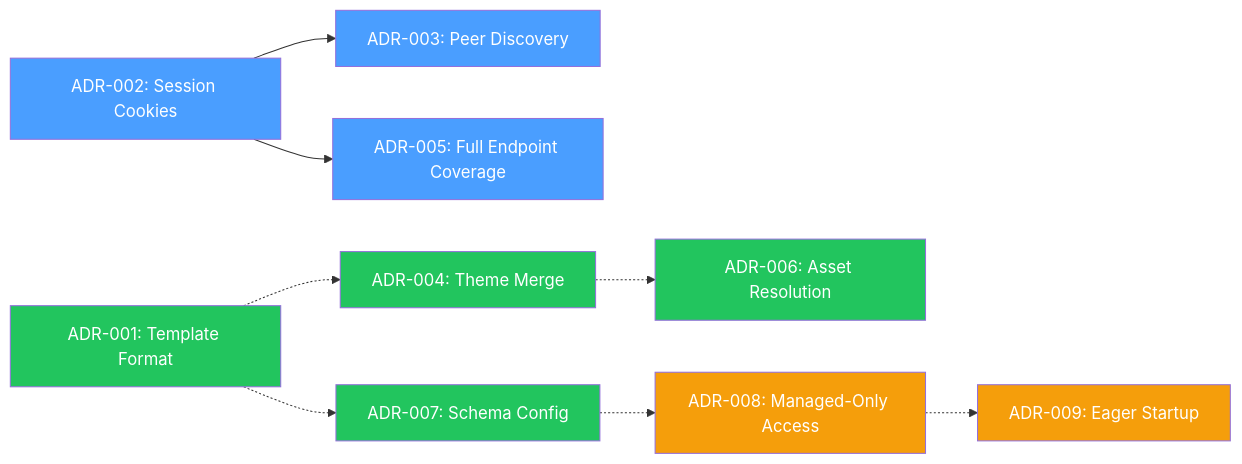
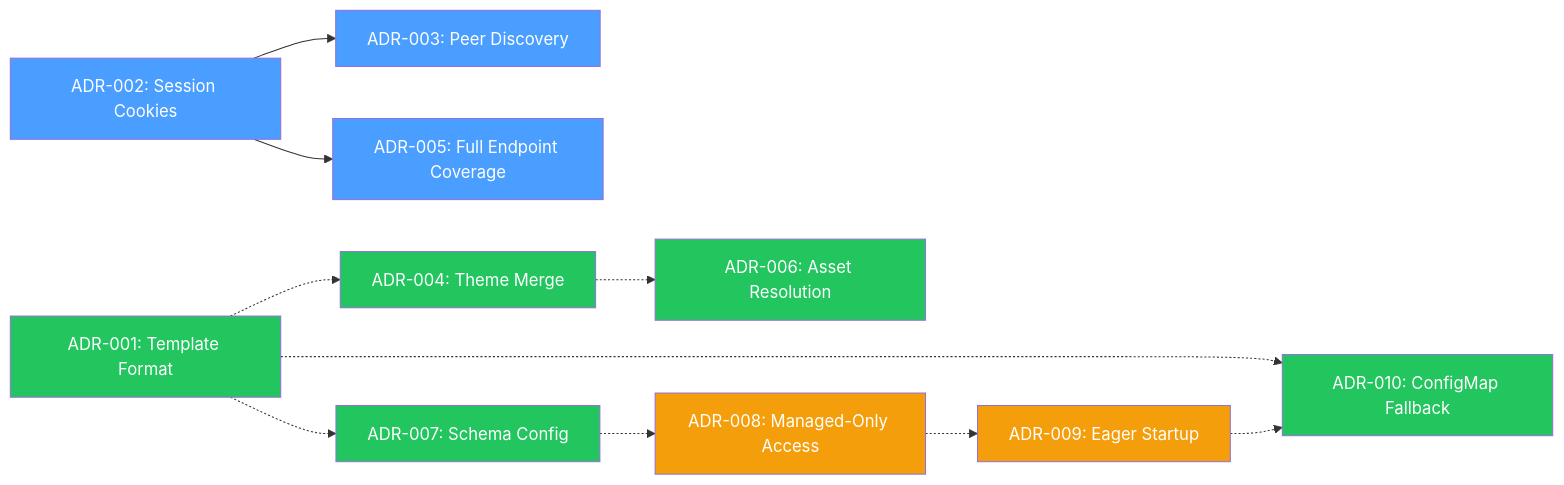
One commit to nogoo9/no-crd changed the diagram in docs/decisions/index.md. Above: the diagram before and after it, drawn with Mermaid. The commit also changed other lines of this file and 13 other files, not shown here.

First line of the commit message:
fix: graceful ConfigMap template fallback when RBAC permissions are missing (#12)

````diff
--- a/docs/decisions/index.md
+++ b/docs/decisions/index.md
@@ -34,19 +35,22 @@
 ```mermaid
 graph LR
     ADR002["ADR-002: Session Cookies"] --> ADR003["ADR-003: Peer Discovery"]
     ADR002 --> ADR005["ADR-005: Full Endpoint Coverage"]
     ADR001["ADR-001: Template Format"] -.-> ADR004["ADR-004: Theme Merge"]
     ADR004 -.-> ADR006["ADR-006: Asset Resolution"]
     ADR001 -.-> ADR007["ADR-007: Schema Config"]
     ADR007 -.-> ADR008["ADR-008: Managed-Only Access"]
     ADR008 -.-> ADR009["ADR-009: Eager Startup"]
+    ADR001 -.-> ADR010["ADR-010: ConfigMap Fallback"]
+    ADR009 -.-> ADR010
     style ADR002 fill:#4a9eff,color:#fff
     style ADR003 fill:#4a9eff,color:#fff
     style ADR005 fill:#4a9eff,color:#fff
     style ADR001 fill:#22c55e,color:#fff
     style ADR004 fill:#22c55e,color:#fff
     style ADR006 fill:#22c55e,color:#fff
     style ADR007 fill:#22c55e,color:#fff
     style ADR008 fill:#f59e0b,color:#fff
     style ADR009 fill:#f59e0b,color:#fff
+    style ADR010 fill:#22c55e,color:#fff
 ```
````
